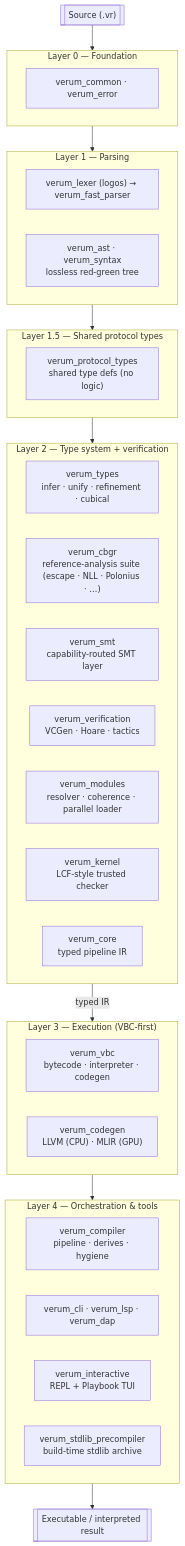
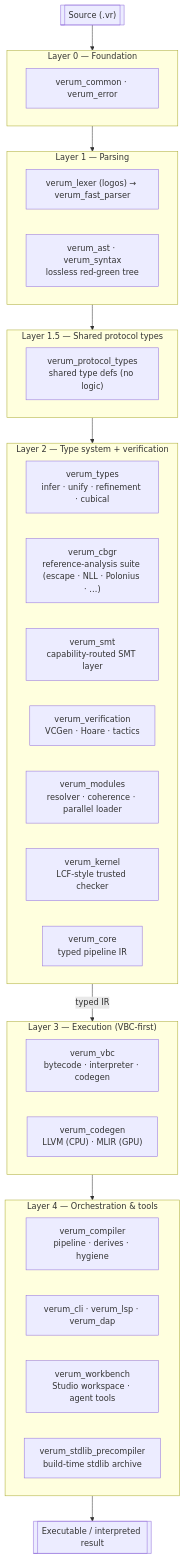
The first of 3 diagrams in docs/architecture/overview.md (verum-lang/website), drawn with Mermaid before and after one commit. The commit also changed other lines of this file and 17 other files, not shown here.

Commit message:
docs(studio): retire Playbook and validate getting-started examples (T2071)

````diff
--- a/docs/architecture/overview.md
+++ b/docs/architecture/overview.md
@@ -46,45 +46,45 @@
 ```mermaid
 flowchart TD
     SRC[["Source (.vr)"]]
 
     subgraph L0["Layer 0 — Foundation"]
         L0A[verum_common · verum_error]
     end
 
     subgraph L1["Layer 1 — Parsing"]
         L1A["verum_lexer (logos) → verum_fast_parser"]
         L1B["verum_ast · verum_syntax<br/>lossless red-green tree"]
     end
 
     subgraph L15["Layer 1.5 — Shared protocol types"]
         L15A["verum_protocol_types<br/>shared type defs (no logic)"]
     end
 
     subgraph L2["Layer 2 — Type system + verification"]
         L2A["verum_types<br/>infer · unify · refinement · cubical"]
         L2B["verum_cbgr<br/>reference-analysis suite (escape · NLL · Polonius · …)"]
         L2C["verum_smt<br/>capability-routed SMT layer"]
         L2D["verum_verification<br/>VCGen · Hoare · tactics"]
         L2E["verum_modules<br/>resolver · coherence · parallel loader"]
         L2F["verum_kernel<br/>LCF-style trusted checker"]
         L2G["verum_core<br/>typed pipeline IR"]
     end
 
     subgraph L3["Layer 3 — Execution (VBC-first)"]
         L3A["verum_vbc<br/>bytecode · interpreter · codegen"]
         L3B["verum_codegen<br/>LLVM (CPU) · MLIR (GPU)"]
     end
 
     subgraph L4["Layer 4 — Orchestration & tools"]
         L4A["verum_compiler<br/>pipeline · derives · hygiene"]
         L4B["verum_cli · verum_lsp · verum_dap"]
-        L4C["verum_interactive<br/>REPL + Playbook TUI"]
+        L4C["verum_workbench<br/>Studio workspace · agent tools"]
         L4D["verum_stdlib_precompiler<br/>build-time stdlib archive"]
     end
 
     OUT[["Executable / interpreted result"]]
 
     SRC --> L0 --> L1 --> L15 --> L2
     L2 -- "typed IR" --> L3
     L3 --> L4 --> OUT
 ```
````
